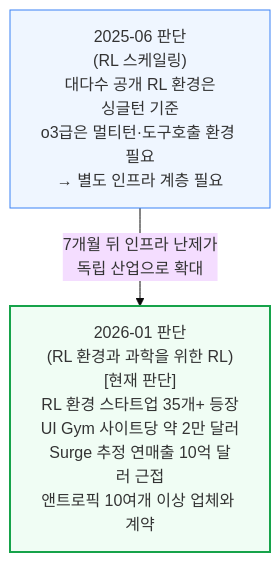
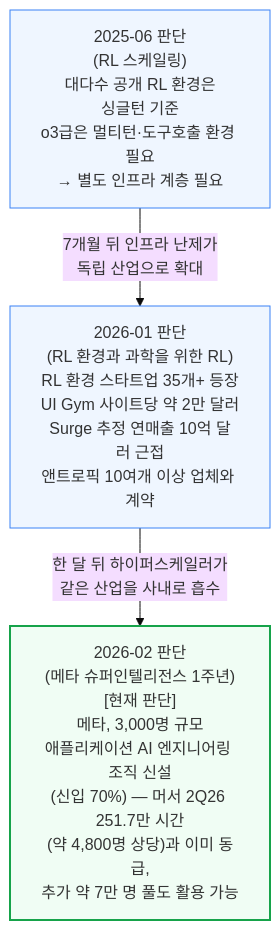
Before and after one commit to yohan4477/semi-report: the second of 6 diagrams in 통합 리포트/카테고리별 통합 리포트/[260711] AI 모델 통합 리포트.md, drawn with Mermaid (base theme). The commit also changed other lines of this file and 1 other file, not shown here.

````diff
--- a/통합 리포트/카테고리별 통합 리포트/[260711] AI 모델 통합 리포트.md
+++ b/통합 리포트/카테고리별 통합 리포트/[260711] AI 모델 통합 리포트.md
@@ -62,7 +63,8 @@
 ```mermaid
 flowchart TD
-    D250609b["2025-06 판단<br/>(RL 스케일링)<br/>대다수 공개 RL 환경은<br/>싱글턴 기준<br/>o3급은 멀티턴·도구호출 환경 필요<br/>→ 별도 인프라 계층 필요"] -->|"7개월 뒤 인프라 난제가<br/>독립 산업으로 확대"| D260107["2026-01 판단<br/>(RL 환경과 과학을 위한 RL)<br/>[현재 판단]<br/>RL 환경 스타트업 35개+ 등장<br/>UI Gym 사이트당 약 2만 달러<br/>Surge 추정 연매출 10억 달러 근접<br/>앤트로픽 10여개 이상 업체와 계약"]
+    D250609b["2025-06 판단<br/>(RL 스케일링)<br/>대다수 공개 RL 환경은<br/>싱글턴 기준<br/>o3급은 멀티턴·도구호출 환경 필요<br/>→ 별도 인프라 계층 필요"] -->|"7개월 뒤 인프라 난제가<br/>독립 산업으로 확대"| D260107["2026-01 판단<br/>(RL 환경과 과학을 위한 RL)<br/>RL 환경 스타트업 35개+ 등장<br/>UI Gym 사이트당 약 2만 달러<br/>Surge 추정 연매출 10억 달러 근접<br/>앤트로픽 10여개 이상 업체와 계약"] -->|"한 달 뒤 하이퍼스케일러가<br/>같은 산업을 사내로 흡수"| D260205["2026-02 판단<br/>(메타 슈퍼인텔리전스 1주년)<br/>[현재 판단]<br/>메타, 3,000명 규모<br/>애플리케이션 AI 엔지니어링 조직 신설<br/>(신입 70%) — 머서 2Q26 251.7만 시간<br/>(약 4,800명 상당)과 이미 동급,<br/>추가 약 7만 명 풀도 활용 가능"]
 
     style D250609b fill:#eff6ff,stroke:#3b82f6
-    style D260107 fill:#f0fdf4,stroke:#16a34a,stroke-width:2px
+    style D260107 fill:#eff6ff,stroke:#3b82f6
+    style D260205 fill:#f0fdf4,stroke:#16a34a,stroke-width:2px
 ```
````
